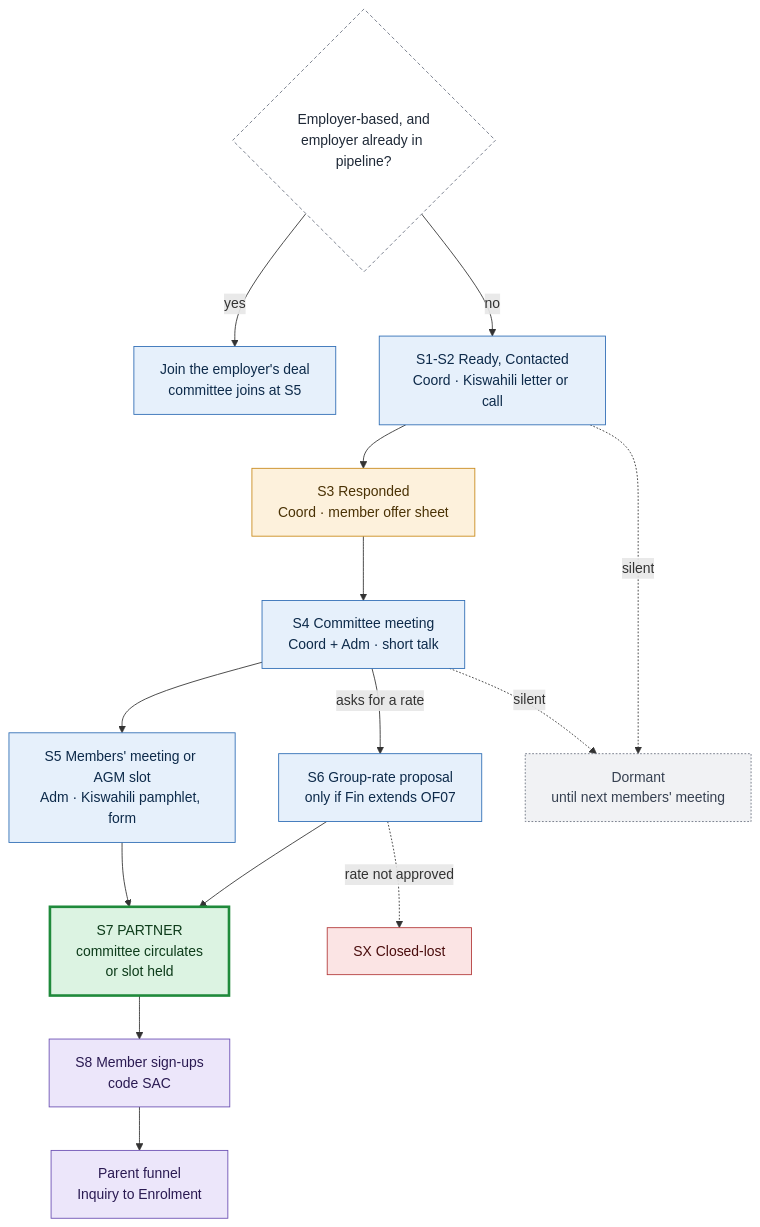
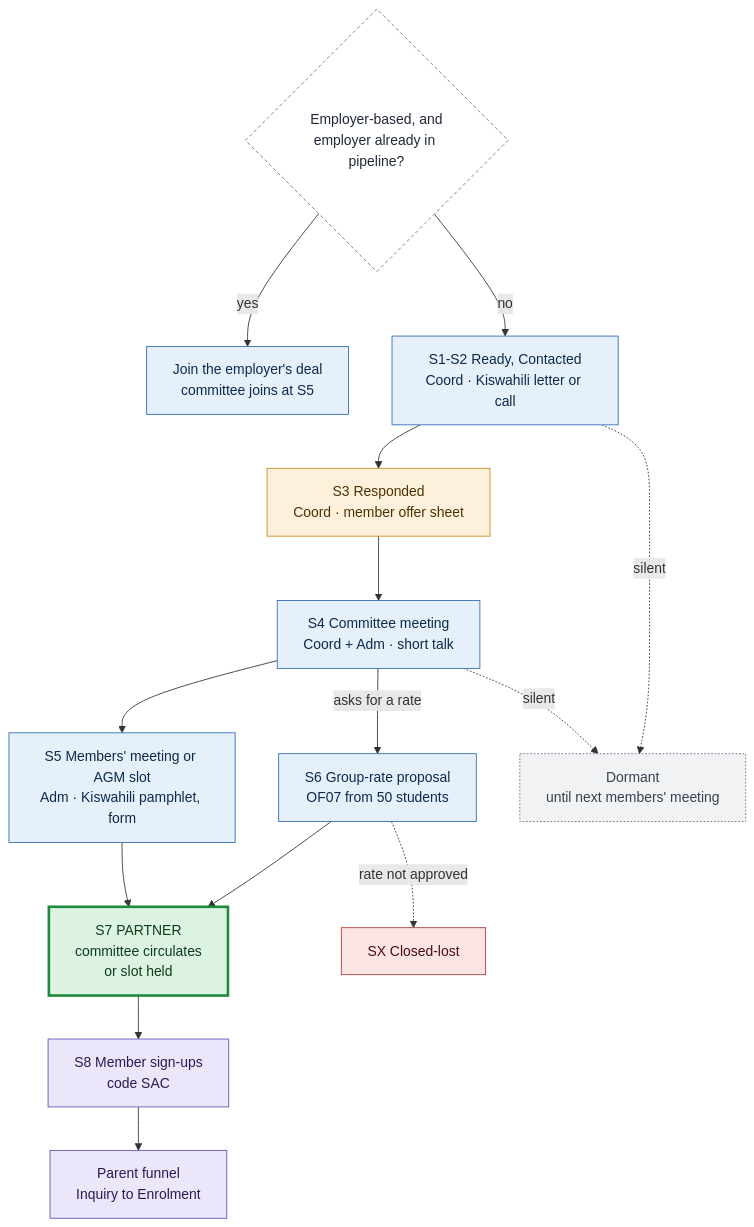
One commit to Nehemia-joh/Agenticmarketing changed the ninth of 16 diagrams in docs/strategy/partnership-pipelines.md. Above: the diagram before and after it, drawn with Mermaid. The commit also changed other lines of this file and 25 other files, not shown here.

````diff
--- a/docs/strategy/partnership-pipelines.md
+++ b/docs/strategy/partnership-pipelines.md
@@ -770,35 +770,35 @@
 ```mermaid
 flowchart TD
   K{"Employer-based, and<br/>employer already in pipeline?"}
   J["Join the employer's deal<br/>committee joins at S5"]
   R["S1-S2 Ready, Contacted<br/>Coord · Kiswahili letter or call"]
   RS["S3 Responded<br/>Coord · member offer sheet"]
   CM["S4 Committee meeting<br/>Coord + Adm · short talk"]
   MM["S5 Members' meeting or AGM slot<br/>Adm · Kiswahili pamphlet, form"]
-  GR["S6 Group-rate proposal<br/>only if Fin extends OF07"]
+  GR["S6 Group-rate proposal<br/>OF07 from 50 students"]
   W["S7 PARTNER<br/>committee circulates<br/>or slot held"]
   N["S8 Member sign-ups<br/>code SAC"]
   PF["Parent funnel<br/>Inquiry to Enrolment"]
   DORM["Dormant<br/>until next members' meeting"]
   LOST["SX Closed-lost"]
   K -->|yes| J
   K -->|no| R --> RS --> CM --> MM --> W
   CM -->|asks for a rate| GR --> W
   W --> N --> PF
   R & CM -.->|silent| DORM
   GR -.->|rate not approved| LOST
   classDef sl fill:#e6f0fb,stroke:#2f6db5,color:#0d2a4a
   classDef pt fill:#fdf1dc,stroke:#c98a1b,color:#4a3205
   classDef gate fill:#ffffff,stroke:#6b7280,stroke-dasharray:4 3,color:#1f2937
   classDef win fill:#dcf3e2,stroke:#1f8a3b,stroke-width:3px,color:#0d3b1a
   classDef hand fill:#ece6fa,stroke:#6b4fb3,color:#2a1a52
   classDef dorm fill:#f1f2f4,stroke:#6b7280,stroke-dasharray:2 2,color:#374151
   classDef lost fill:#fbe4e4,stroke:#b33a3a,color:#4a0d0d
   class J,R,CM,MM,GR sl
   class RS pt
   class K gate
   class W win
   class N,PF hand
   class DORM dorm
   class LOST lost
 ```
````
